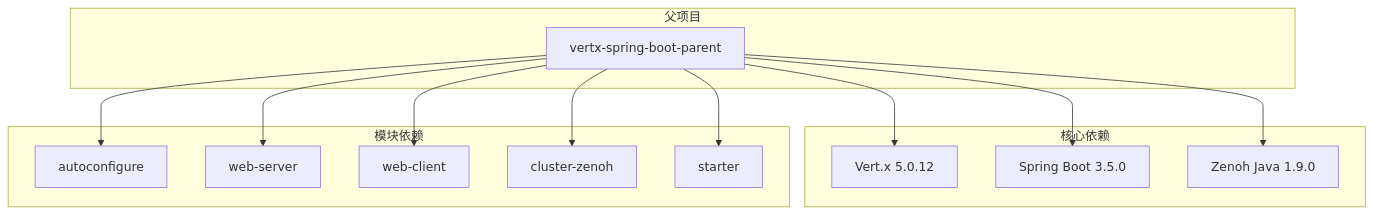
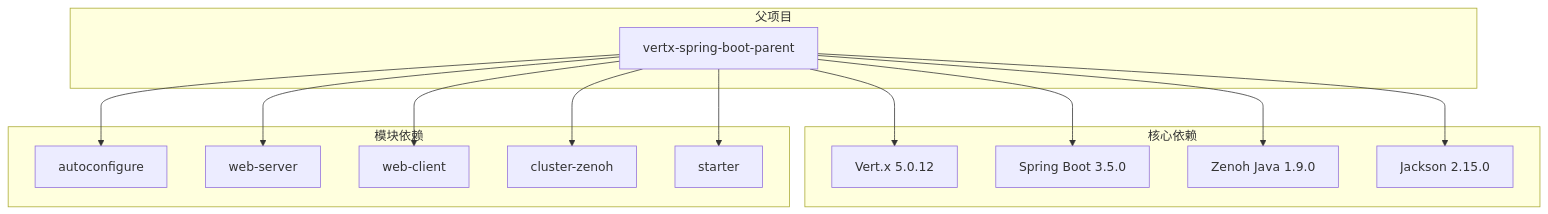
Before and after one commit to ossworker/vertx-starter: diagram 16 of 19 in .qoder/repowiki/zh/content/分布式功能实现.md, drawn with Mermaid. The commit also changed other lines of this file and 7 other files, not shown here.

````diff
--- a/.qoder/repowiki/zh/content/分布式功能实现.md
+++ b/.qoder/repowiki/zh/content/分布式功能实现.md
@@ -410,26 +604,28 @@
 ```mermaid
 graph TB
 subgraph "父项目"
 P[vertx-spring-boot-parent]
 end
 subgraph "核心依赖"
 V[Vert.x 5.0.12]
 S[Spring Boot 3.5.0]
 Z[Zenoh Java 1.9.0]
+J[Jackson 2.15.0]
 end
 subgraph "模块依赖"
 A[autoconfigure]
 B[web-server]
 C[web-client]
 D[cluster-zenoh]
 E[starter]
 end
 P --> V
 P --> S
 P --> Z
+P --> J
 P --> A
 P --> B
 P --> C
 P --> D
 P --> E
 ```
````
